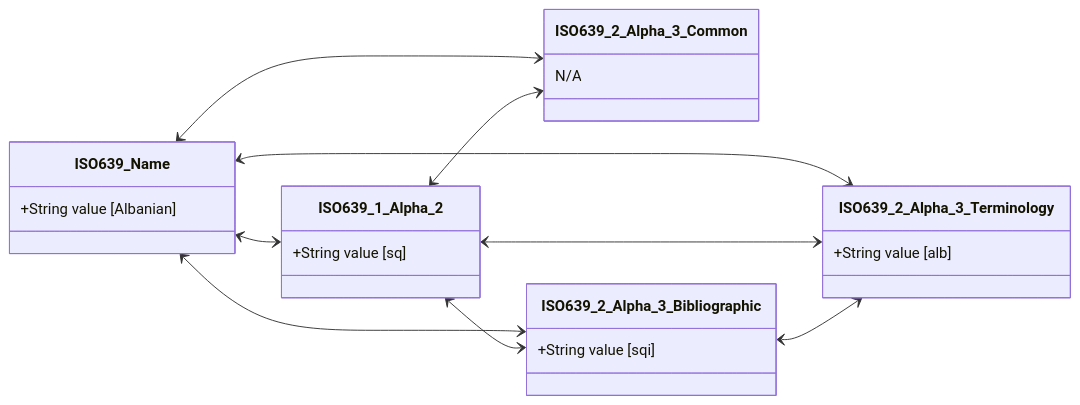
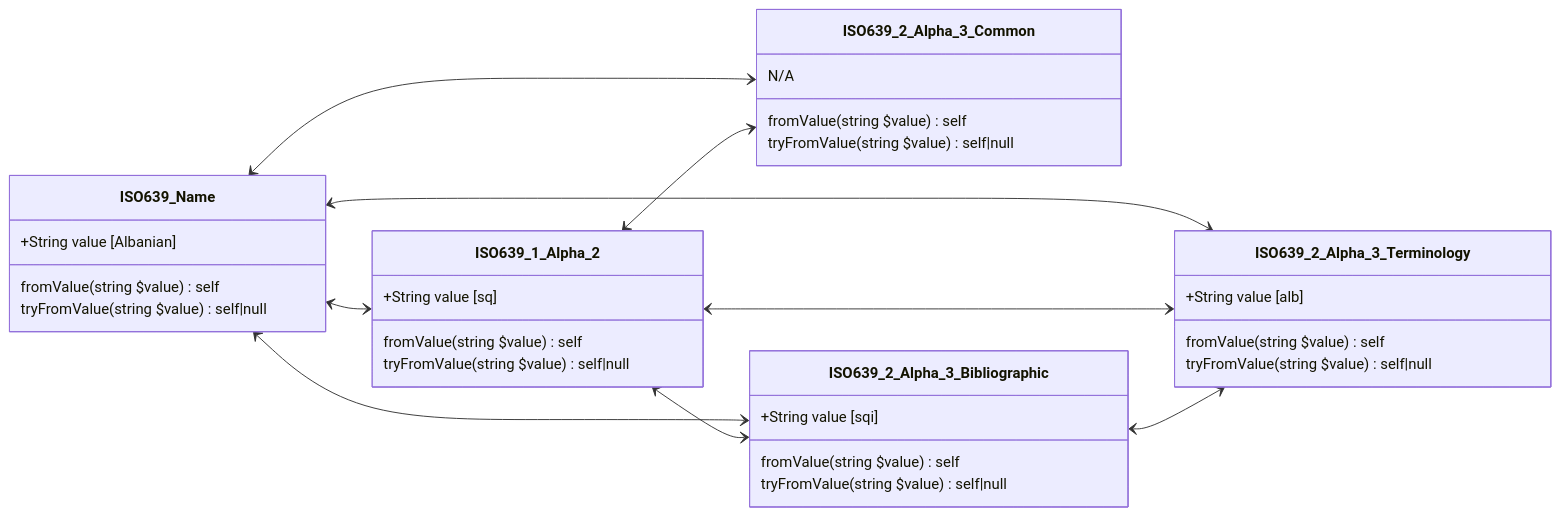
Before and after one commit to PrinsFrank/standards: the fourth of 4 diagrams in README.md, drawn with Mermaid. The commit also changed other lines of this file, not shown here.

Commit message:
Add missing fromValue methods to class diagrams

````diff
--- a/README.md
+++ b/README.md
@@ -182,28 +198,38 @@
 ```mermaid
 classDiagram
     direction LR
     class ISO639_Name {
         +String value [Albanian]
+        fromValue(string $value) self
+        tryFromValue(string $value) self|null
     }
     class ISO639_1_Alpha_2 {
         +String value [sq]
+        fromValue(string $value) self
+        tryFromValue(string $value) self|null
     }
     class ISO639_2_Alpha_3_Common {
         N/A
+        fromValue(string $value) self
+        tryFromValue(string $value) self|null
     }
     class ISO639_2_Alpha_3_Terminology {
         +String value [alb]
+        fromValue(string $value) self
+        tryFromValue(string $value) self|null
     }
     class ISO639_2_Alpha_3_Bibliographic {
         +String value [sqi]
+        fromValue(string $value) self
+        tryFromValue(string $value) self|null
     }
     
     ISO639_Name <--> ISO639_1_Alpha_2
     ISO639_Name <--> ISO639_2_Alpha_3_Common
     ISO639_Name <--> ISO639_2_Alpha_3_Terminology
     ISO639_Name <--> ISO639_2_Alpha_3_Bibliographic
     ISO639_1_Alpha_2 <--> ISO639_2_Alpha_3_Bibliographic
     ISO639_1_Alpha_2 <--> ISO639_2_Alpha_3_Terminology
     ISO639_1_Alpha_2 <--> ISO639_2_Alpha_3_Common
     ISO639_2_Alpha_3_Bibliographic <--> ISO639_2_Alpha_3_Terminology
 ```
````
